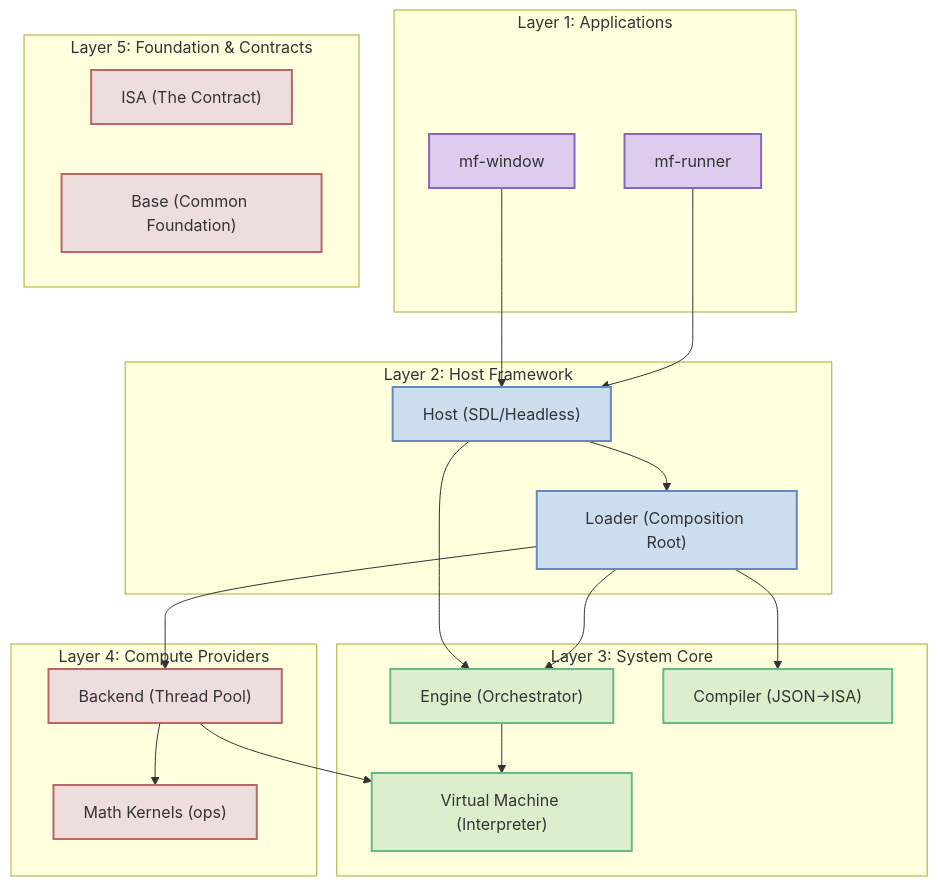
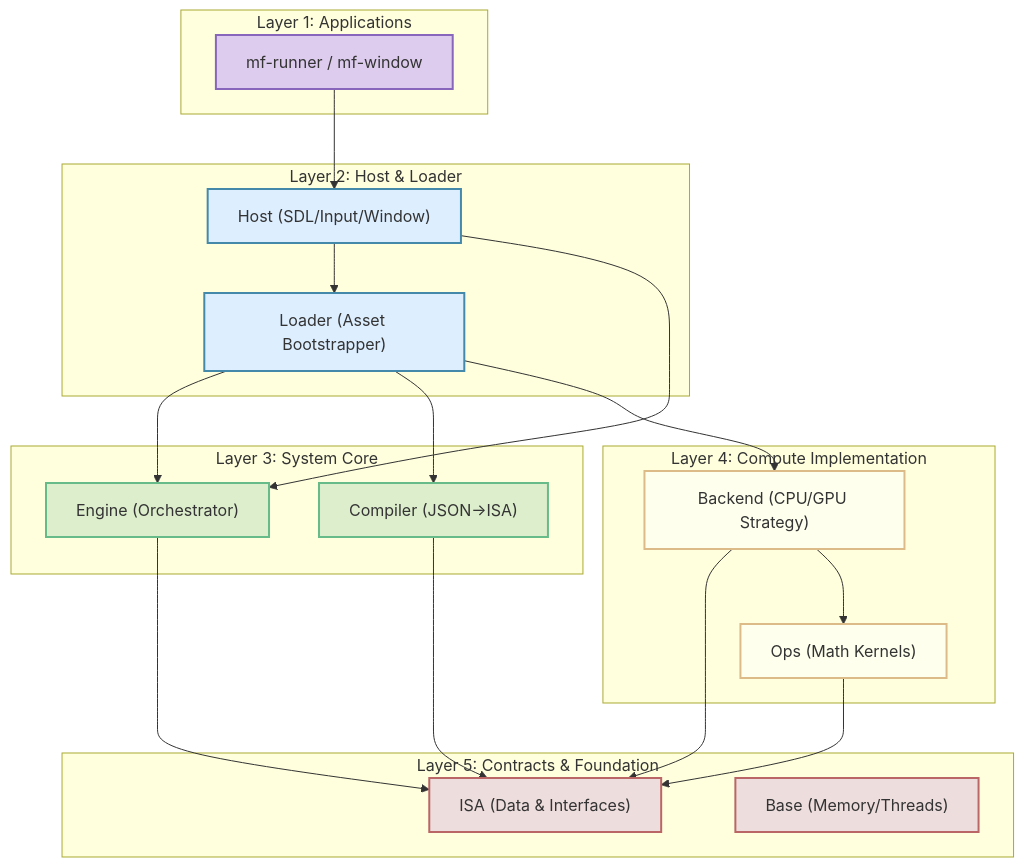
The second of 2 diagrams in docs/architecture.md (BinaryCat17/MathFlow), drawn with Mermaid before and after one commit. The commit also changed other lines of this file and 27 other files, not shown here.

````diff
--- a/docs/architecture.md
+++ b/docs/architecture.md
@@ -96,57 +91,56 @@
 ```mermaid
 graph TD
     %% Styles
     classDef layerApp fill:#dce,stroke:#86b,stroke-width:2px;
-    classDef layerHost fill:#cde,stroke:#68b,stroke-width:2px;
+    classDef layerHost fill:#def,stroke:#48a,stroke-width:2px;
     classDef layerCore fill:#dec,stroke:#6b8,stroke-width:2px;
+    classDef layerImpl fill:#ffe,stroke:#db8,stroke-width:2px;
     classDef layerBase fill:#edd,stroke:#b66,stroke-width:2px;
 
-    %% Layer 1: Apps (Executables)
+    %% Layer 1: Apps
     subgraph L1 ["Layer 1: Applications"]
-        App_GUI["mf-window"]:::layerApp
-        App_CLI["mf-runner"]:::layerApp
+        App["mf-runner / mf-window"]:::layerApp
     end
 
-    %% Layer 2: Host (Integration Library)
-    subgraph L2 ["Layer 2: Host Framework"]
-        Host["Host (SDL/Headless)"]:::layerHost
-        Loader["Loader (Composition Root)"]:::layerHost
+    %% Layer 2: Host Framework
+    subgraph L2 ["Layer 2: Host & Loader"]
+        Host["Host (SDL/Input/Window)"]:::layerHost
+        Loader["Loader (Asset Bootstrapper)"]:::layerHost
     end
 
-    %% Layer 3: Core (Logic)
+    %% Layer 3: System Core
     subgraph L3 ["Layer 3: System Core"]
         Engine["Engine (Orchestrator)"]:::layerCore
         Compiler["Compiler (JSON->ISA)"]:::layerCore
-        VM["Virtual Machine (Interpreter)"]:::layerCore
     end
 
-    %% Layer 4: Compute (Execution)
-    subgraph L4 ["Layer 4: Compute Providers"]
-        Backend["Backend (Thread Pool)"]:::layerBase
-        Ops["Math Kernels (ops)"]:::layerBase
+    %% Layer 4: Implementation
+    subgraph L4 ["Layer 4: Compute Implementation"]
+        Backend["Backend (CPU/GPU Strategy)"]:::layerImpl
+        Ops["Ops (Math Kernels)"]:::layerImpl
     end
 
-    %% Layer 5: Contracts
-    subgraph L5 ["Layer 5: Foundation & Contracts"]
-        ISA["ISA (The Contract)"]:::layerBase
-        Base["Base (Common Foundation)"]:::layerBase
+    %% Layer 5: Foundation
+    subgraph L5 ["Layer 5: Contracts & Foundation"]
+        ISA["ISA (Data & Interfaces)"]:::layerBase
+        Base["Base (Memory/Threads)"]:::layerBase
     end
 
-    %% Dependencies (Build Time)
-    App_GUI --> Host
-    App_CLI --> Host
-    
+    %% Dependencies
+    App --> Host
     Host --> Loader
     Host --> Engine
     
+    Loader --> Engine
     Loader --> Compiler
     Loader --> Backend
-    Loader --> Engine
     
-    Engine --> VM
+    Engine --> ISA
     
-    Backend --> VM
+    Backend --> ISA
     Backend --> Ops
     
-    %% Layer 5 (ISA & Base) is the implicit foundation for all modules above.
+    Ops --> ISA
+    
+    Compiler --> ISA
 ```
````
